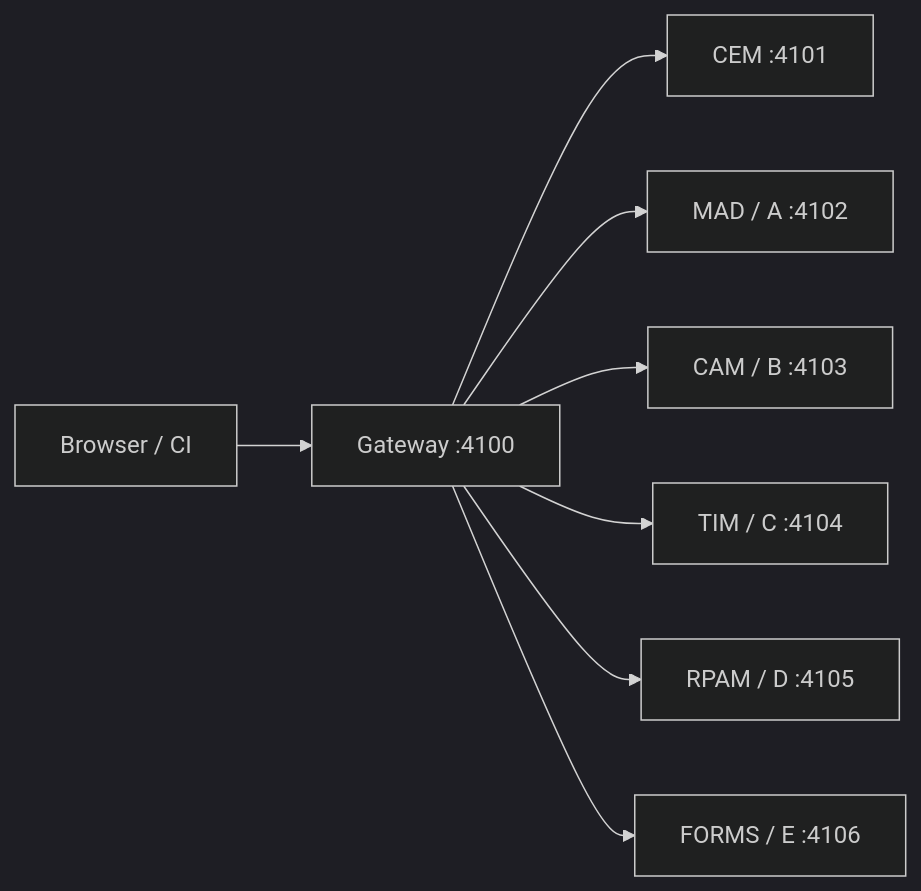
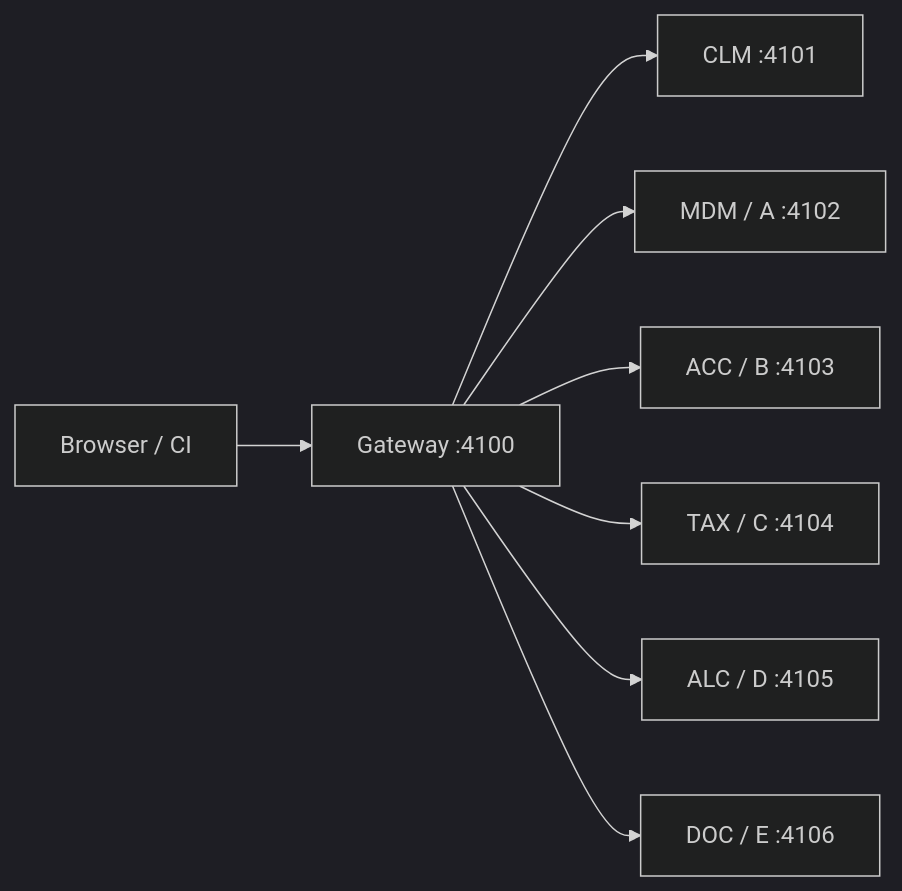
One commit to Avinash258/contract-testing-business-demo changed the first of 3 diagrams in docs/ARCHITECTURE.md. Above: the diagram before and after it, drawn with Mermaid (dark theme). The commit also changed other lines of this file and 9 other files, not shown here.

First line of the commit message:
Update TaxMesh documentation and frontend styles for new microservices architecture

````diff
--- a/docs/ARCHITECTURE.md
+++ b/docs/ARCHITECTURE.md
@@ -19,10 +21,10 @@
 ```mermaid
 flowchart LR
   User[Browser / CI] --> GW[Gateway :4100]
-  GW --> CEM[CEM :4101]
-  GW --> MAD[MAD / A :4102]
-  GW --> CAM[CAM / B :4103]
-  GW --> TIM[TIM / C :4104]
-  GW --> RPAM[RPAM / D :4105]
-  GW --> FORMS[FORMS / E :4106]
+  GW --> CLM[CLM :4101]
+  GW --> MDM[MDM / A :4102]
+  GW --> ACC[ACC / B :4103]
+  GW --> TAX[TAX / C :4104]
+  GW --> ALC[ALC / D :4105]
+  GW --> DOC[DOC / E :4106]
 ```
````
